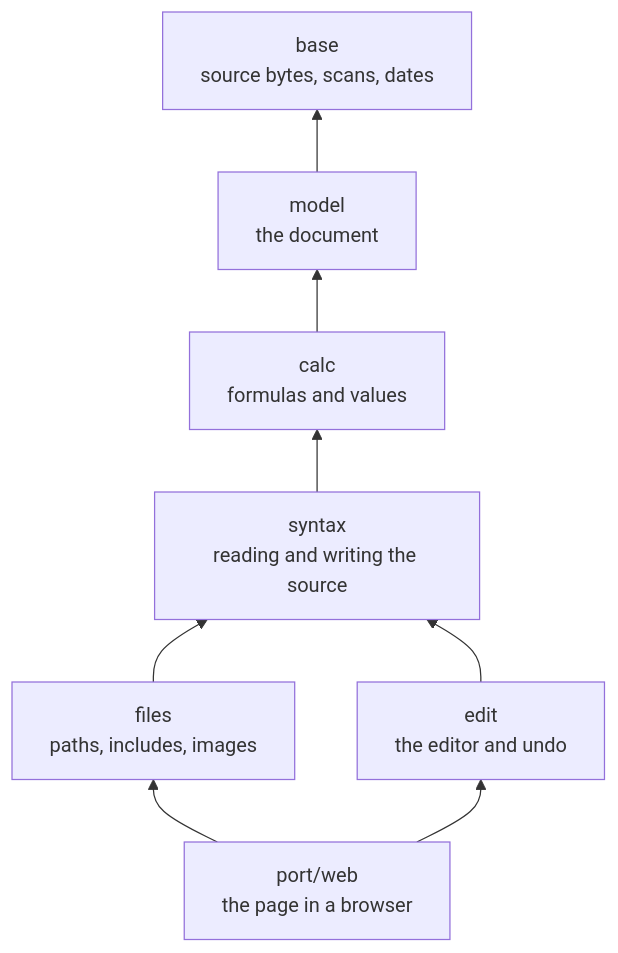
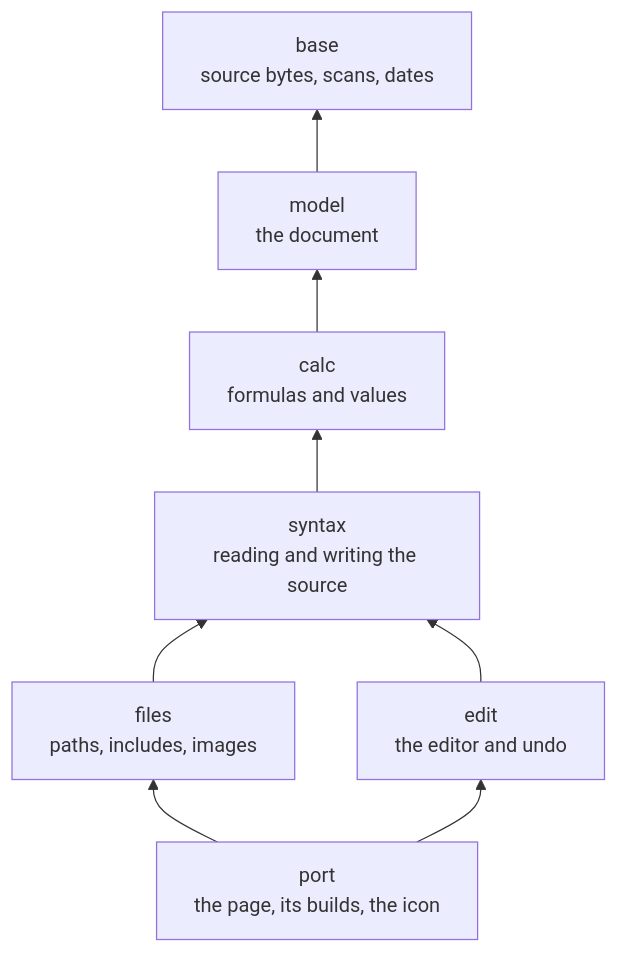
Before and after one commit to kansosystem-org/kspl-experimental: the diagram in ksmd/README.md, drawn with Mermaid. The commit also changed other lines of this file and 440 other files, not shown here.

````diff
--- a/ksmd/README.md
+++ b/ksmd/README.md
@@ -60,10 +60,10 @@
 ```mermaid
 flowchart BT
     model["model<br/>the document"] --> base["base<br/>source bytes, scans, dates"]
     calc["calc<br/>formulas and values"] --> model
     syntax["syntax<br/>reading and writing the source"] --> calc
     files["files<br/>paths, includes, images"] --> syntax
     edit["edit<br/>the editor and undo"] --> syntax
-    port["port/web<br/>the page in a browser"] --> files
+    port["port<br/>the page, its builds, the icon"] --> files
     port --> edit
 ```
````
